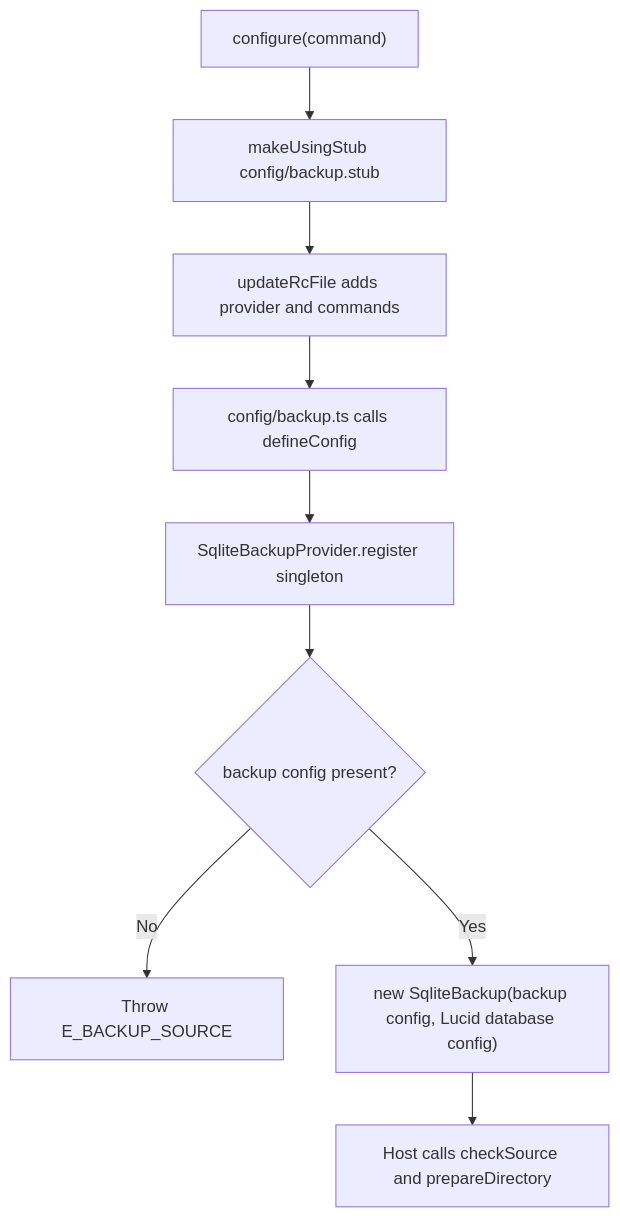
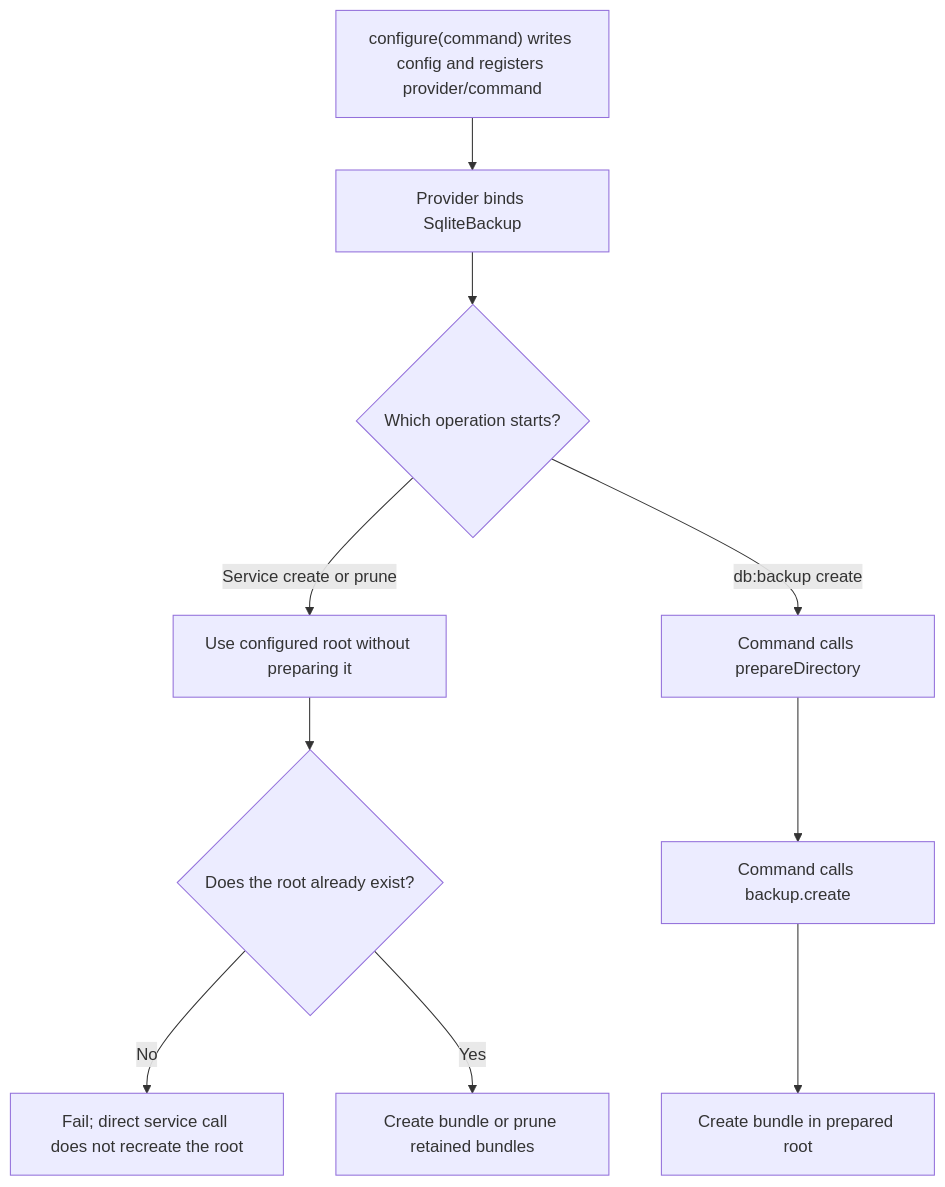
One commit to Kevinjohn/oss-adonisjs-sqlite-backup changed the second of 2 diagrams in user-stories/setup/us-setup-01-configure-backups.md. Above: the diagram before and after it, drawn with Mermaid. The commit also changed other lines of this file, not shown here.

Commit message:
docs: clarify backup root preparation paths

````diff
--- a/user-stories/setup/us-setup-01-configure-backups.md
+++ b/user-stories/setup/us-setup-01-configure-backups.md
@@ -43,11 +43,12 @@
 ```mermaid
 flowchart TD
-    A["configure(command)"] --> B["makeUsingStub config/backup.stub"]
-    B --> C["updateRcFile adds provider and commands"]
-    C --> D["config/backup.ts calls defineConfig"]
-    D --> E["SqliteBackupProvider.register singleton"]
-    E --> F{"backup config present?"}
-    F -->|No| G["Throw E_BACKUP_SOURCE"]
-    F -->|Yes| H["new SqliteBackup(backup config, Lucid database config)"]
-    H --> I["Host calls checkSource and prepareDirectory"]
+    A["configure(command) writes config and registers provider/command"] --> B["Provider binds SqliteBackup"]
+    B --> C{"Which operation starts?"}
+    C -->|Service create or prune| D["Use configured root without preparing it"]
+    D --> E{"Does the root already exist?"}
+    E -->|No| F["Fail; direct service call does not recreate the root"]
+    E -->|Yes| G["Create bundle or prune retained bundles"]
+    C -->|db:backup create| H["Command calls prepareDirectory"]
+    H --> I["Command calls backup.create"]
+    I --> J["Create bundle in prepared root"]
 ```
````
